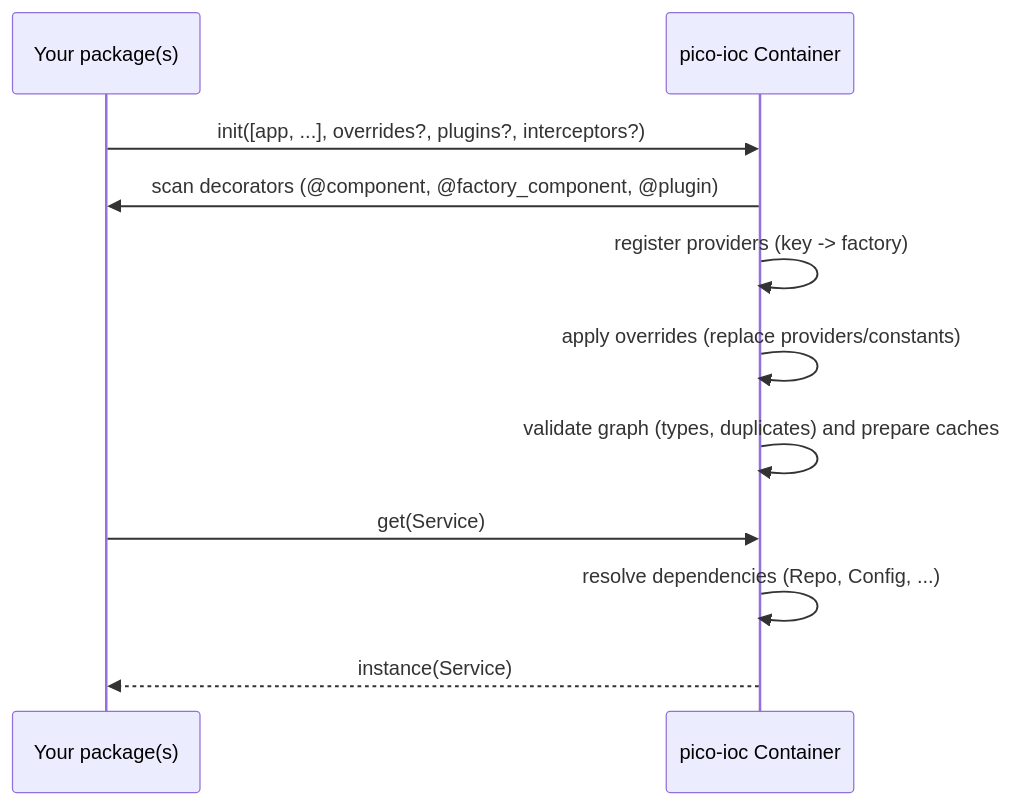
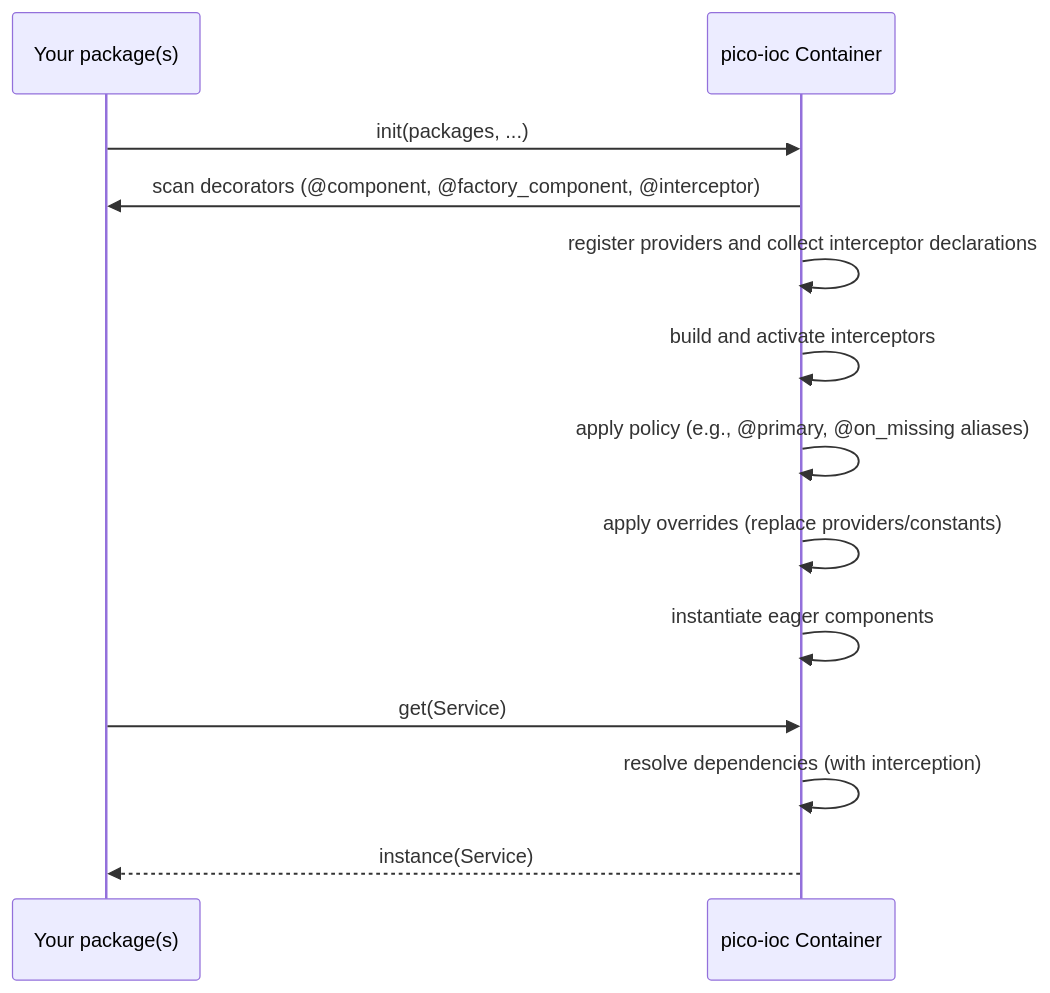
The first of 3 diagrams in .llm/ARCHITECTURE.md (dperezcabrera/pico-ioc), drawn with Mermaid before and after one commit. The commit also changed other lines of this file and 47 other files, not shown here.

`````diff
--- a/.llm/ARCHITECTURE.md
+++ b/.llm/ARCHITECTURE.md
@@ -34,13 +37,15 @@
 ```mermaid
 sequenceDiagram
     participant App as Your package(s)
     participant IOC as pico-ioc Container
-    App->>IOC: init([app, ...], overrides?, plugins?, interceptors?)
-    IOC->>App: scan decorators (@component, @factory_component, @plugin)
-    IOC->>IOC: register providers (key -> factory)
+    App->>IOC: init(packages, ...)
+    IOC->>App: scan decorators (@component, @factory_component, @interceptor)
+    IOC->>IOC: register providers and collect interceptor declarations
+    IOC->>IOC: build and activate interceptors
+    IOC->>IOC: apply policy (e.g., @primary, @on_missing aliases)
     IOC->>IOC: apply overrides (replace providers/constants)
-    IOC->>IOC: validate graph (types, duplicates) and prepare caches
+    IOC->>IOC: instantiate eager components
     App->>IOC: get(Service)
-    IOC->>IOC: resolve dependencies (Repo, Config, ...)
+    IOC->>IOC: resolve dependencies (with interception)
     IOC-->>App: instance(Service)
-````
+```
`````
